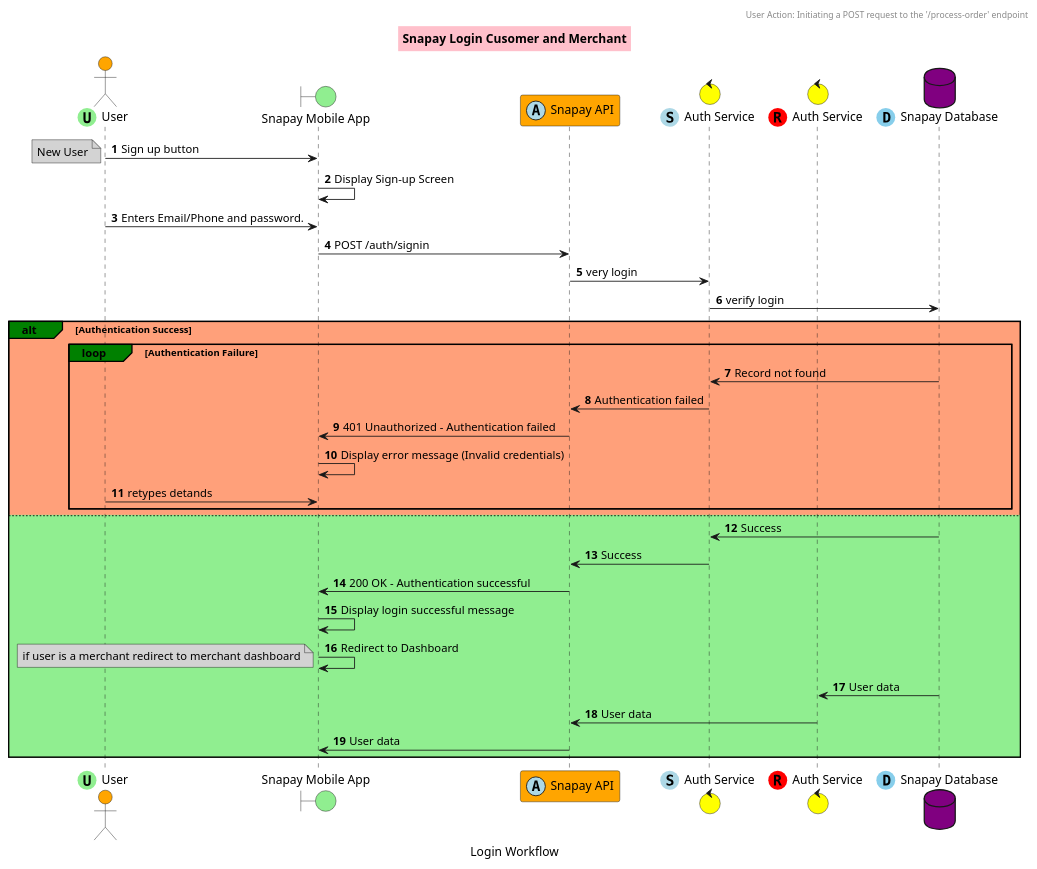
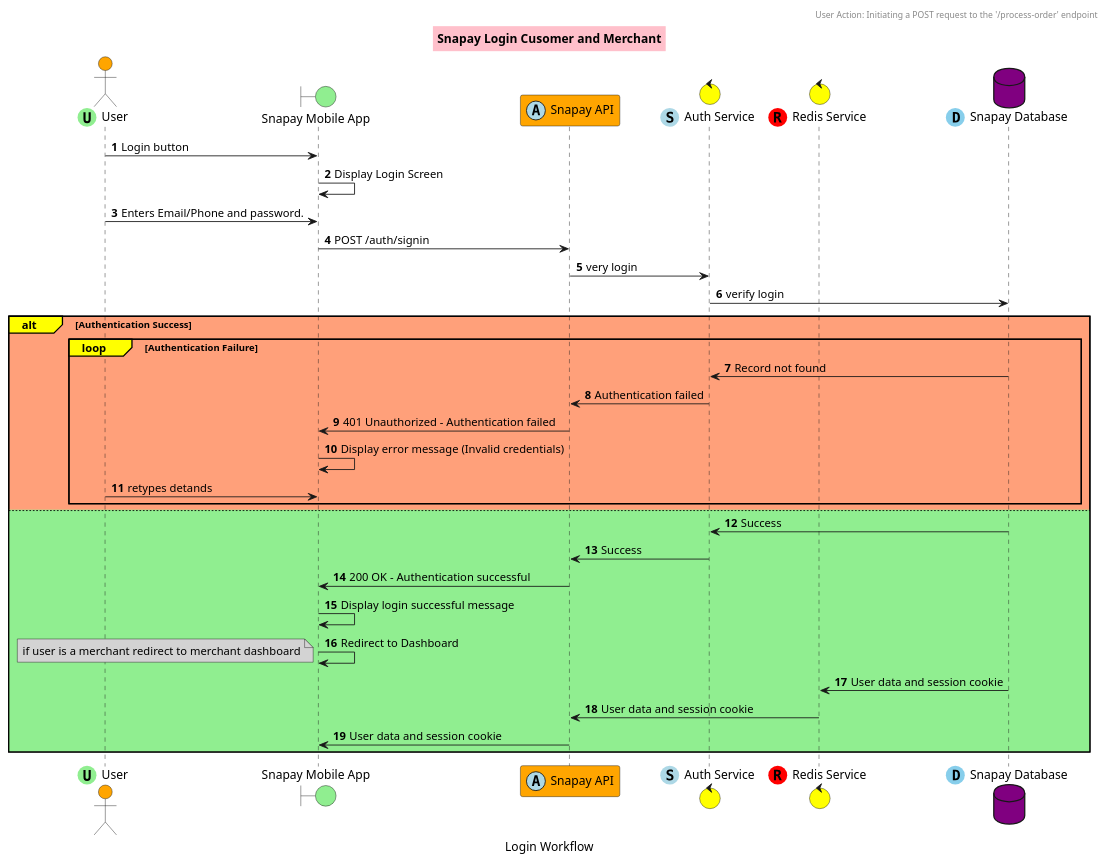
One commit to st-Michael/Brief-and-Architecture-for-QR-and-Merchant-Payment-integration---online-store changed the diagram in snapay/login.puml. Above: the diagram before and after it, drawn with PlantUML. The commit also changed 2 other files, not shown here.

Commit message:
snapay login modified wallet creation sequence

```diff
--- a/snapay/login.puml
+++ b/snapay/login.puml
@@ -1,54 +1,53 @@
 @startuml login
 autonumber
 
 title Snapay Login Cusomer and Merchant
 
 header
     User Action: Initiating a POST request to the '/process-order' endpoint
 endheader
 
 caption Login Workflow
 
 
 skinparam NoteBackgroundColor #LightGrey
 skinparam TitleBackgroundColor #Pink
 skinparam ParticipantBackgroundColor #Orange
 skinparam ActorBackgroundColor #Orange
 skinparam DatabaseBackgroundColor #Purple
 skinparam BoundaryBackgroundColor #LightGreen
 skinparam ControlBackgroundColor #Yellow
 
 actor User <<(U, LightGreen)>>
 boundary "Snapay Mobile App" as UI
 participant "Snapay API" as API <<(A, LightBlue)>>
 control "Auth Service" as AuthService <<(S, LightBlue)>>
-control "Auth Service" as redis <<(R, Red)>>
+control "Redis Service" as redis <<(R, Red)>>
 database "Snapay Database" as Database <<(D, SkyBlue)>>
 
-User -> UI : Sign up button
-note left : New User
-UI -> UI  : Display Sign-up Screen
+User -> UI : Login button
+UI -> UI  : Display Login Screen
 User -> UI : Enters Email/Phone and password.
 UI -> API : POST /auth/signin
         API -> AuthService : very login
         AuthService -> Database : verify login
-    alt#green #LightSalmon Authentication Success
-         loop#Green  Authentication Failure
+    alt#yellow #LightSalmon Authentication Success
+         loop#yellow  Authentication Failure
             Database -> AuthService  : Record not found
             AuthService -> API : Authentication failed
             API -> UI : 401 Unauthorized - Authentication failed
             UI -> UI  : Display error message (Invalid credentials)
             User -> UI : retypes detands    
         end
     else #LightGreen
         Database -> AuthService : Success
         AuthService -> API: Success
         API -> UI : 200 OK - Authentication successful
         UI -> UI  : Display login successful message
         UI -> UI : Redirect to Dashboard
         note left : if user is a merchant redirect to merchant dashboard
-        Database -> redis : User data
-        redis -> API : User data
-        API -> UI  : User data
+        Database -> redis : User data and session cookie
+        redis -> API : User data and session cookie
+        API -> UI  : User data and session cookie
     end
 @enduml
```
